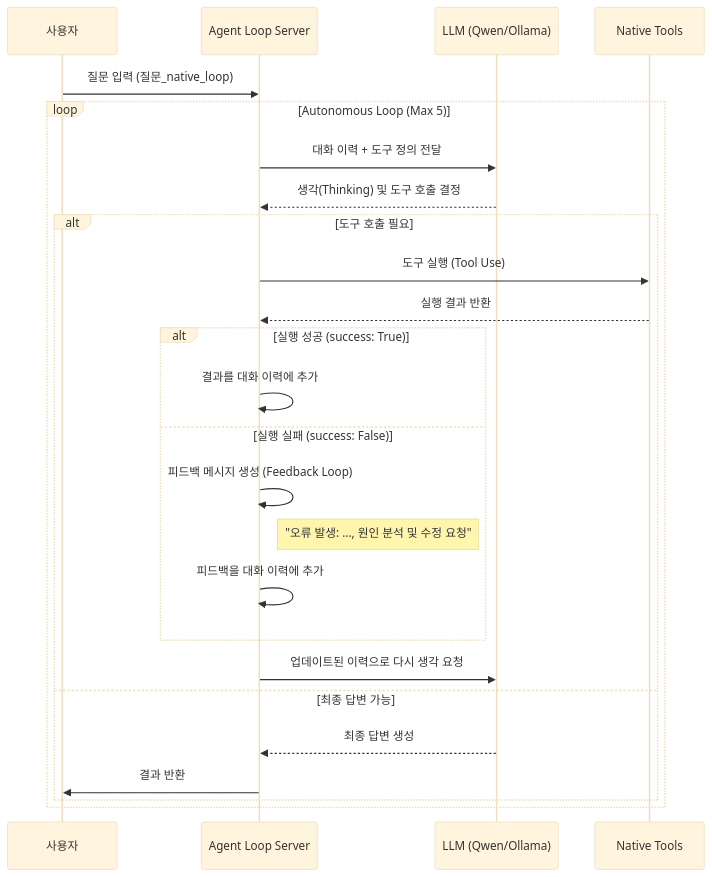
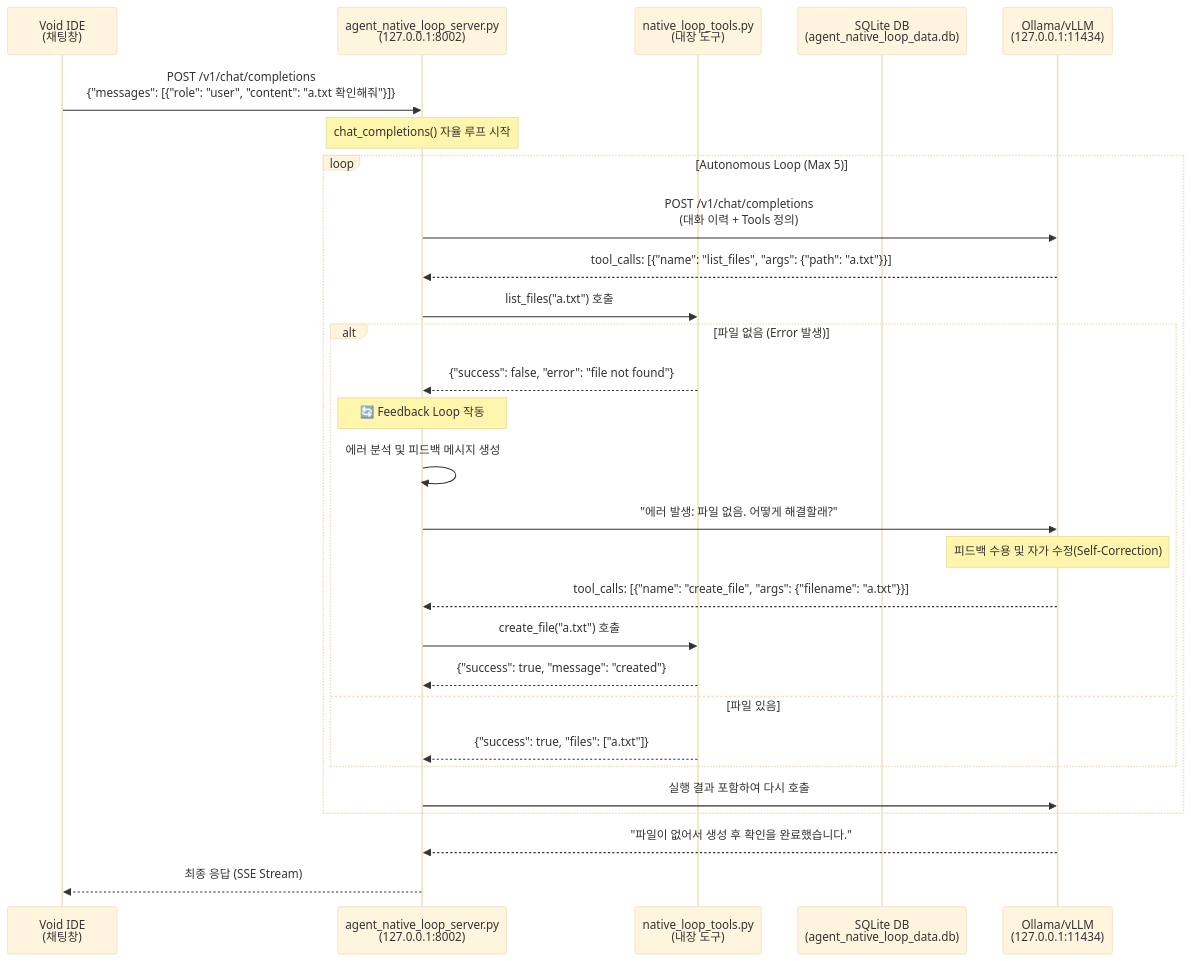
The diagram in docs/질문_native_loop_흐름도.md (sangblee4528/void_lab_test), drawn with Mermaid (base theme) before and after one commit. The commit also changed other lines of this file and 1 other file, not shown here.

Commit message:
docs: restore loop flowchart and add git restoration guide

````diff
--- a/docs/질문_native_loop_흐름도.md
+++ b/docs/질문_native_loop_흐름도.md
@@ -5,31 +9,39 @@
 ```mermaid
 sequenceDiagram
-    participant User as 사용자
-    participant Server as Agent Loop Server
-    participant LLM as LLM (Qwen/Ollama)
-    participant Tool as Native Tools
+    participant Void as Void IDE<br/>(채팅창)
+    participant Agent as agent_native_loop_server.py<br/>(127.0.0.1:8002)
+    participant Tools as native_loop_tools.py<br/>(내장 도구)
+    participant DB as SQLite DB<br/>(agent_native_loop_data.db)
+    participant LLM as Ollama/vLLM<br/>(127.0.0.1:11434)
 
-    User->>Server: 질문 입력 (질문_native_loop)
+    Void->>Agent: POST /v1/chat/completions<br/>{"messages": [{"role": "user", "content": "a.txt 확인해줘"}]}
+    
+    Note over Agent: chat_completions() 자율 루프 시작
+    
     loop Autonomous Loop (Max 5)
-        Server->>LLM: 대화 이력 + 도구 정의 전달
-        LLM-->>Server: 생각(Thinking) 및 도구 호출 결정
+        Agent->>LLM: POST /v1/chat/completions<br/>(대화 이력 + Tools 정의)
+        LLM-->>Agent: tool_calls: [{"name": "list_files", "args": {"path": "a.txt"}}]
         
-        alt 도구 호출 필요
-            Server->>Tool: 도구 실행 (Tool Use)
-            Tool-->>Server: 실행 결과 반환
+        Agent->>Tools: list_files("a.txt") 호출
+        
+        alt 파일 없음 (Error 발생)
+            Tools-->>Agent: {"success": false, "error": "file not found"}
+            Note over Agent: 🔄 Feedback Loop 작동
+            Agent->>Agent: 에러 분석 및 피드백 메시지 생성
+            Agent->>LLM: "에러 발생: 파일 없음. 어떻게 해결할래?"
             
-            alt 실행 성공 (success: True)
-                Server->>Server: 결과를 대화 이력에 추가
-            else 실행 실패 (success: False)
-                Server->>Server: 피드백 메시지 생성 (Feedback Loop)
-                Note right of Server: "오류 발생: ..., 원인 분석 및 수정 요청"
-                Server->>Server: 피드백을 대화 이력에 추가
-            end
+            Note over LLM: 피드백 수용 및 자가 수정(Self-Correction)
+            LLM-->>Agent: tool_calls: [{"name": "create_file", "args": {"filename": "a.txt"}}]
             
-            Server->>LLM: 업데이트된 이력으로 다시 생각 요청
-        else 최종 답변 가능
-            LLM-->>Server: 최종 답변 생성
-            Server->>User: 결과 반환
+            Agent->>Tools: create_file("a.txt") 호출
+            Tools-->>Agent: {"success": true, "message": "created"}
+        else 파일 있음
+            Tools-->>Agent: {"success": true, "files": ["a.txt"]}
         end
+
+        Agent->>LLM: 실행 결과 포함하여 다시 호출
     end
+
+    LLM-->>Agent: "파일이 없어서 생성 후 확인을 완료했습니다."
+    Agent-->>Void: 최종 응답 (SSE Stream)
 ```
````
